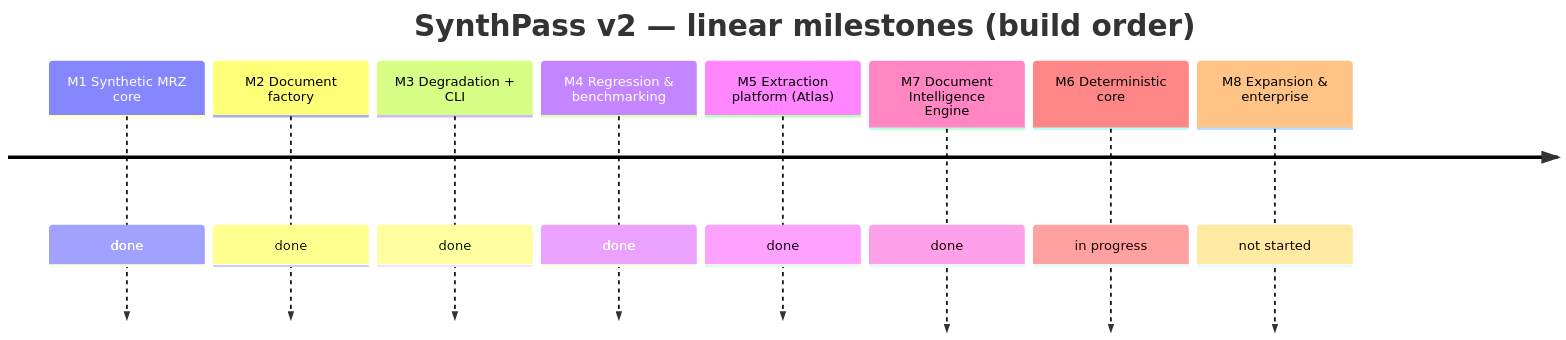
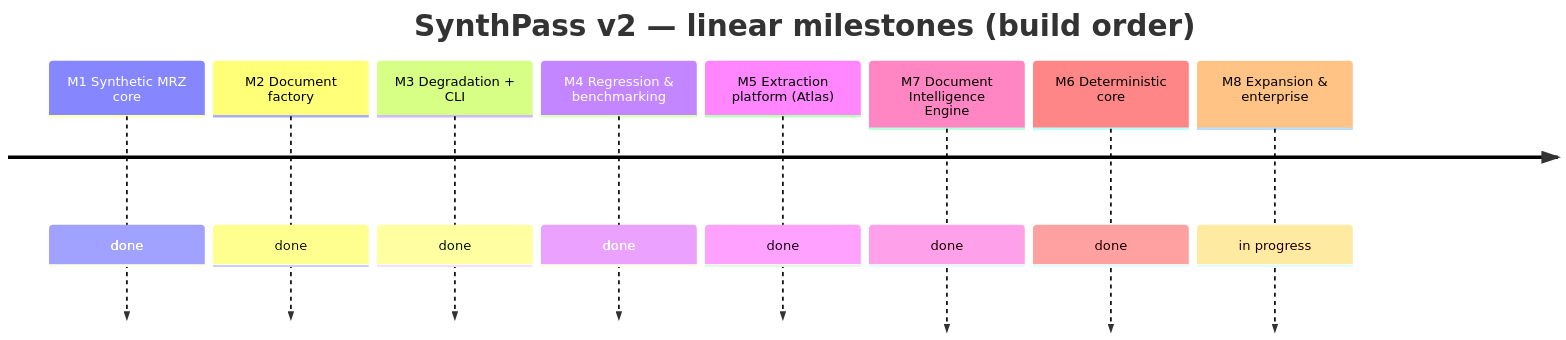
Before and after one commit to ruledicaprio/SynthPass: the first of 3 diagrams in knowledge/ROADMAP.md, drawn with Mermaid. The commit also changed other lines of this file and 9 other files, not shown here.

````diff
--- a/knowledge/ROADMAP.md
+++ b/knowledge/ROADMAP.md
@@ -46,12 +46,12 @@
 ```mermaid
 timeline
     title SynthPass v2 — linear milestones (build order)
     M1 Synthetic MRZ core : done
     M2 Document factory : done
     M3 Degradation + CLI : done
     M4 Regression & benchmarking : done
     M5 Extraction platform (Atlas) : done
     M7 Document Intelligence Engine : done
-    M6 Deterministic core : in progress
-    M8 Expansion & enterprise : not started
+    M6 Deterministic core : done
+    M8 Expansion & enterprise : in progress
 ```
````
